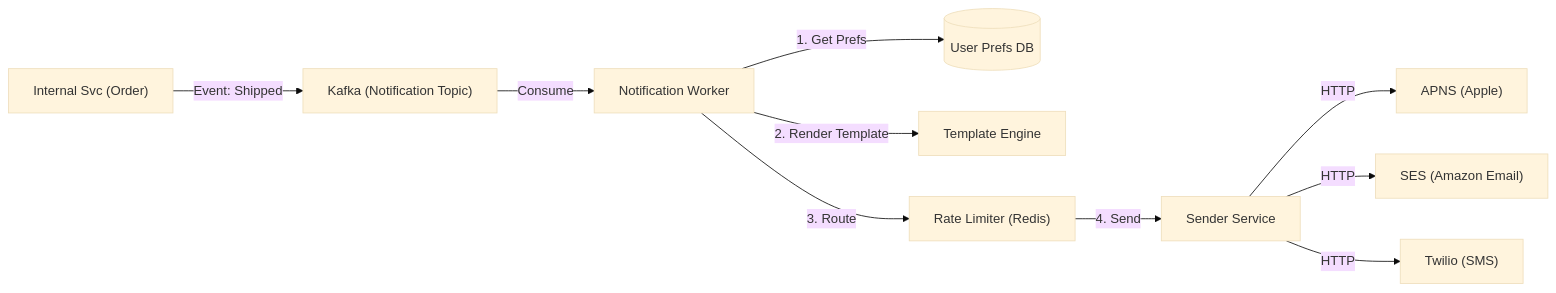
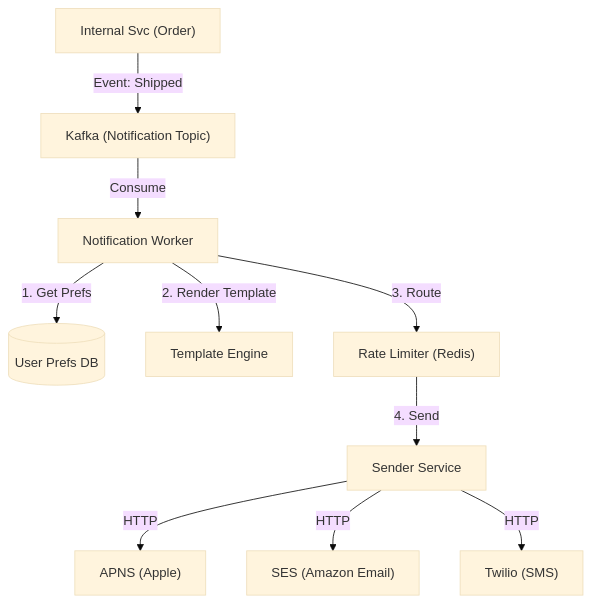
Before and after one commit to Anmol33/SystemDesign: the diagram in Interview Prep/Common Subsystem/10_Notification_Messaging.md, drawn with Mermaid (base theme).

Commit message:
Fix Mermaid diagram size in 10_Notification (Switch to TD)

````diff
--- a/Interview Prep/Common Subsystem/10_Notification_Messaging.md
+++ b/Interview Prep/Common Subsystem/10_Notification_Messaging.md
@@ -71,15 +71,15 @@
 ```mermaid
-graph LR
+graph TD
     Source["Internal Svc (Order)"] -->|Event: Shipped| Q["Kafka (Notification Topic)"]
     Q -->|Consume| Notif_Processor["Notification Worker"]
     
     Notif_Processor -->|1. Get Prefs| User_DB[("User Prefs DB")]
     Notif_Processor -->|2. Render Template| Templater["Template Engine"]
     Notif_Processor -->|3. Route| Rate_Limiter["Rate Limiter (Redis)"]
     
     Rate_Limiter -->|4. Send| Sender["Sender Service"]
     
     Sender -->|HTTP| APNS["APNS (Apple)"]
     Sender -->|HTTP| SES["SES (Amazon Email)"]
     Sender -->|HTTP| Twilio["Twilio (SMS)"]
 ```
````
